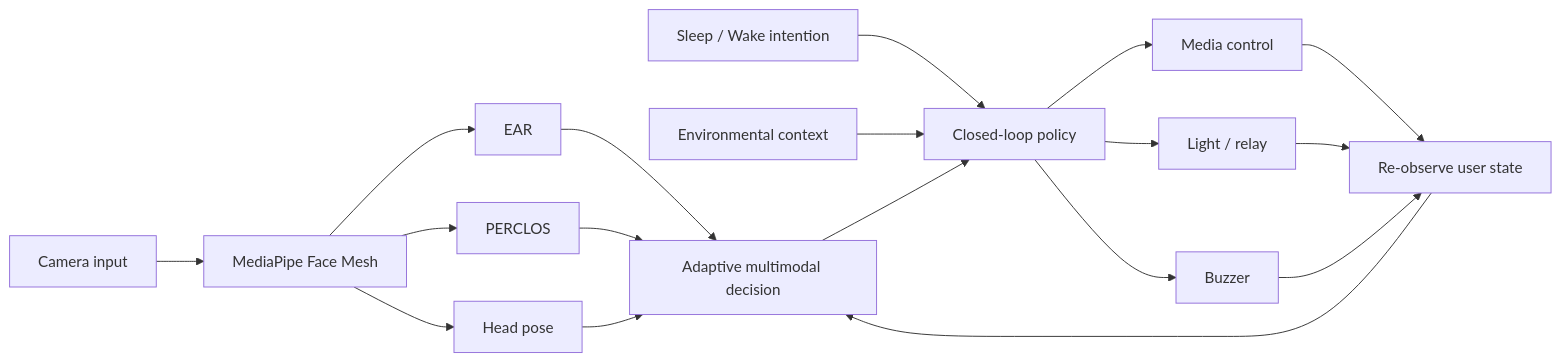
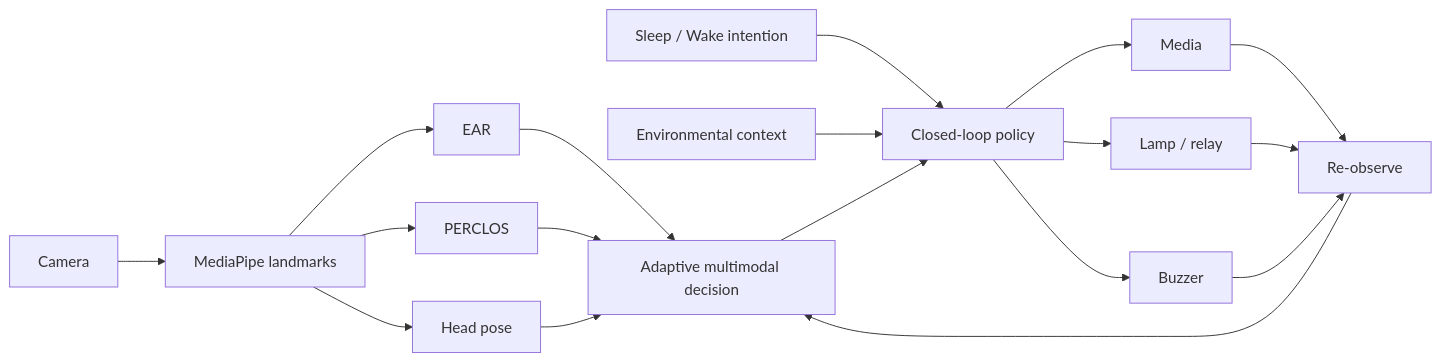
The first of 2 diagrams in docs/ARCHITECTURE.md (hsoo23/sleep-aware-smart-room), drawn with Mermaid before and after one commit. The commit also changed other lines of this file and 23 other files, not shown here.

````diff
--- a/docs/ARCHITECTURE.md
+++ b/docs/ARCHITECTURE.md
@@ -19,20 +21,20 @@
 ```mermaid
 flowchart LR
-    A[Camera input] --> B[MediaPipe Face Mesh]
+    A[Camera] --> B[MediaPipe landmarks]
     B --> C[EAR]
     B --> D[PERCLOS]
     B --> E[Head pose]
     C --> F[Adaptive multimodal decision]
     D --> F
     E --> F
     U[Sleep / Wake intention] --> G[Closed-loop policy]
     X[Environmental context] --> G
     F --> G
-    G --> H[Media control]
-    G --> I[Light / relay]
+    G --> H[Media]
+    G --> I[Lamp / relay]
     G --> J[Buzzer]
-    H --> K[Re-observe user state]
+    H --> K[Re-observe]
     I --> K
     J --> K
     K --> F
 ```
````
